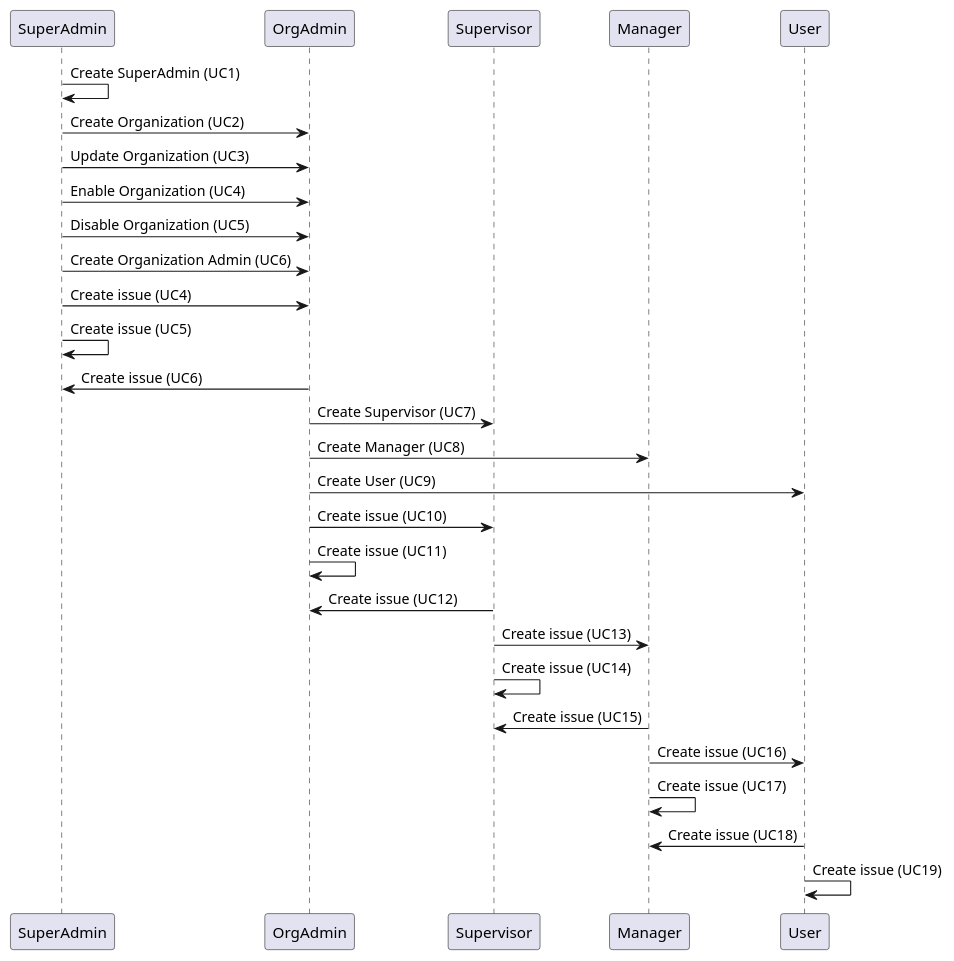
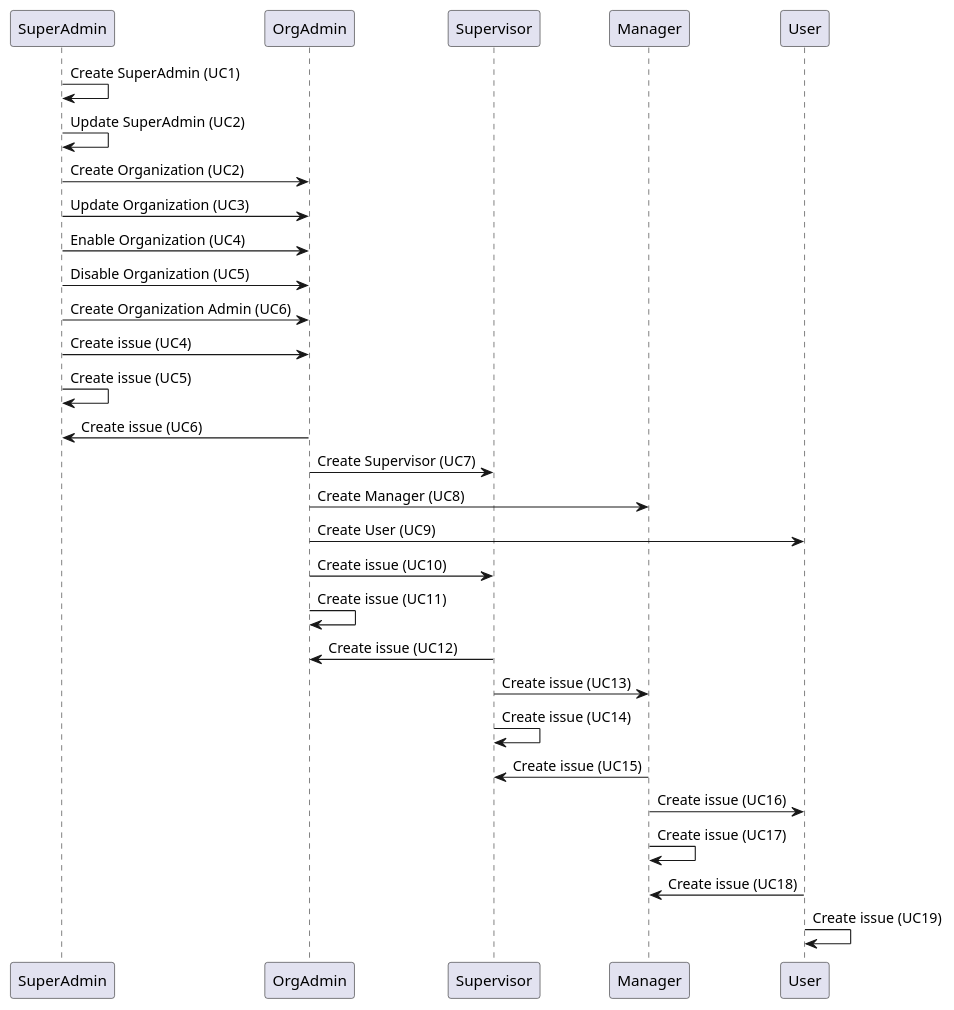
Before and after one commit to wawerualbert/CodeHub: the diagram in documentation/all_usecases.wsd, drawn with PlantUML. The commit also changed 1 other file, not shown here.

```diff
--- a/documentation/all_usecases.wsd
+++ b/documentation/all_usecases.wsd
@@ -1,41 +1,42 @@
 @startuml AllUseCases
 
 participant "SuperAdmin" as SuperAdmin
 SuperAdmin -> SuperAdmin:Create SuperAdmin (UC1)
+SuperAdmin -> SuperAdmin:Update SuperAdmin (UC2)
 
 SuperAdmin -> OrgAdmin:Create Organization (UC2)
 SuperAdmin -> OrgAdmin:Update Organization (UC3)
 SuperAdmin -> OrgAdmin:Enable Organization (UC4)
 SuperAdmin -> OrgAdmin:Disable Organization (UC5)
 
 SuperAdmin -> OrgAdmin:Create Organization Admin (UC6)
 SuperAdmin -> OrgAdmin:Create issue (UC4)
 SuperAdmin -> SuperAdmin:Create issue (UC5)
 
 OrgAdmin -> SuperAdmin:Create issue (UC6)
 
 OrgAdmin -> Supervisor:Create Supervisor (UC7)
 OrgAdmin -> Manager:Create Manager (UC8)
 OrgAdmin -> User:Create User (UC9)
 
 OrgAdmin -> Supervisor:Create issue (UC10)
 OrgAdmin -> OrgAdmin:Create issue (UC11)
 
 participant "Supervisor" as Supervisor
 Supervisor -> OrgAdmin:Create issue (UC12)
 Supervisor -> Manager:Create issue (UC13)
 Supervisor -> Supervisor:Create issue (UC14)
 
 
 participant "Manager" as Manager
 Manager -> Supervisor:Create issue (UC15)
 Manager -> User:Create issue (UC16)
 Manager -> Manager:Create issue (UC17)
 
 
 participant "User" as User
 User -> Manager:Create issue (UC18)
 User -> User:Create issue (UC19)
 
 
 @enduml
```
